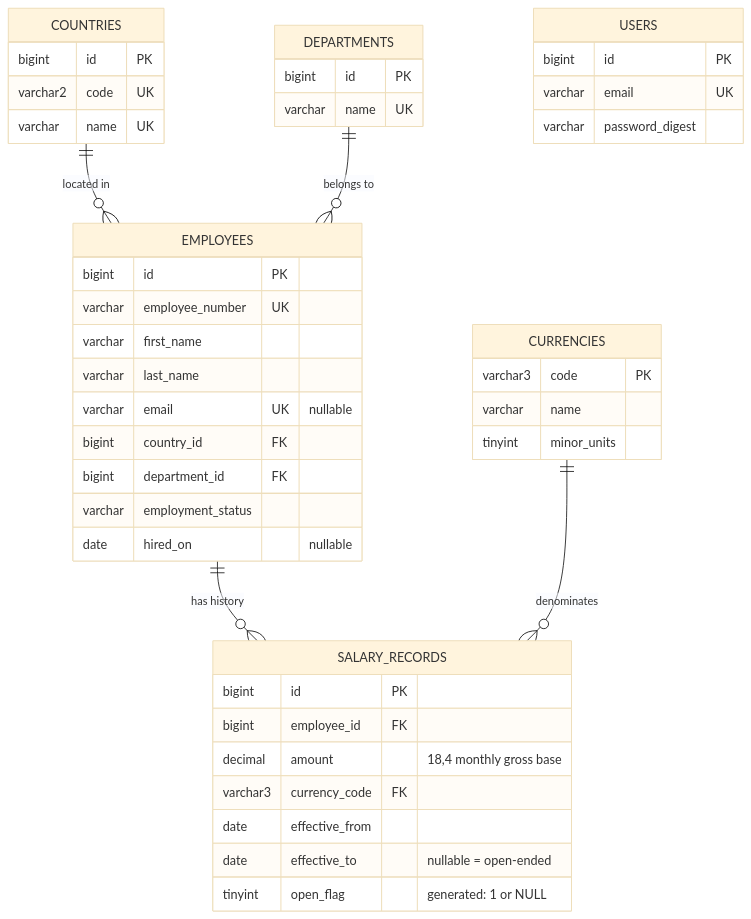
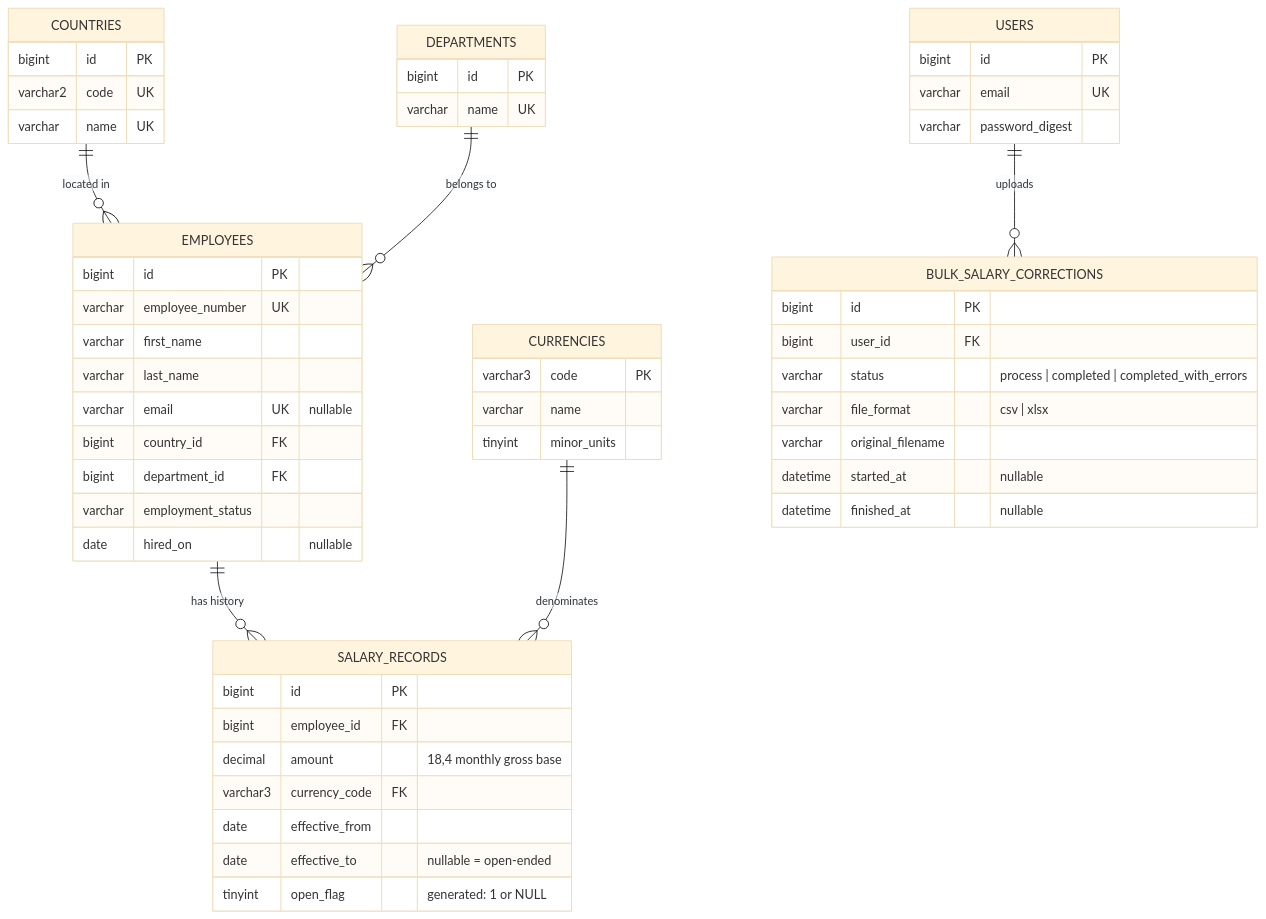
Before and after one commit to sumit-kumar-agrawal/acme_salary_mgt_sys: the diagram in docs/database-design.md, drawn with Mermaid (base theme). The commit also changed other lines of this file and 29 other files, not shown here.

````diff
--- a/docs/database-design.md
+++ b/docs/database-design.md
@@ -21,47 +21,57 @@
 ```mermaid
 erDiagram
     COUNTRIES   ||--o{ EMPLOYEES      : "located in"
     DEPARTMENTS ||--o{ EMPLOYEES      : "belongs to"
     EMPLOYEES   ||--o{ SALARY_RECORDS : "has history"
     CURRENCIES  ||--o{ SALARY_RECORDS : denominates
+    USERS       ||--o{ BULK_SALARY_CORRECTIONS : uploads
 
     USERS {
       bigint id PK
       varchar email UK
       varchar password_digest
     }
     COUNTRIES {
       bigint id PK
       varchar2 code UK
       varchar name UK
     }
     DEPARTMENTS {
       bigint id PK
       varchar name UK
     }
     CURRENCIES {
       varchar3 code PK
       varchar name
       tinyint minor_units
     }
     EMPLOYEES {
       bigint id PK
       varchar employee_number UK
       varchar first_name
       varchar last_name
       varchar email UK "nullable"
       bigint country_id FK
       bigint department_id FK
       varchar employment_status
       date hired_on "nullable"
     }
     SALARY_RECORDS {
       bigint id PK
       bigint employee_id FK
       decimal amount "18,4 monthly gross base"
       varchar3 currency_code FK
       date effective_from
       date effective_to "nullable = open-ended"
       tinyint open_flag "generated: 1 or NULL"
     }
+    BULK_SALARY_CORRECTIONS {
+      bigint id PK
+      bigint user_id FK
+      varchar status "process | completed | completed_with_errors"
+      varchar file_format "csv | xlsx"
+      varchar original_filename
+      datetime started_at "nullable"
+      datetime finished_at "nullable"
+    }
 ```
````
